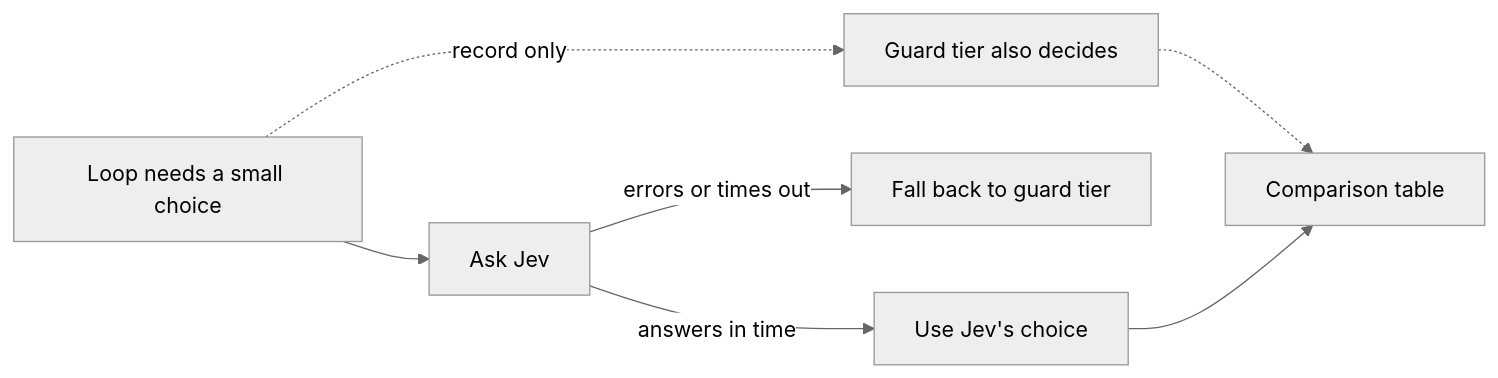
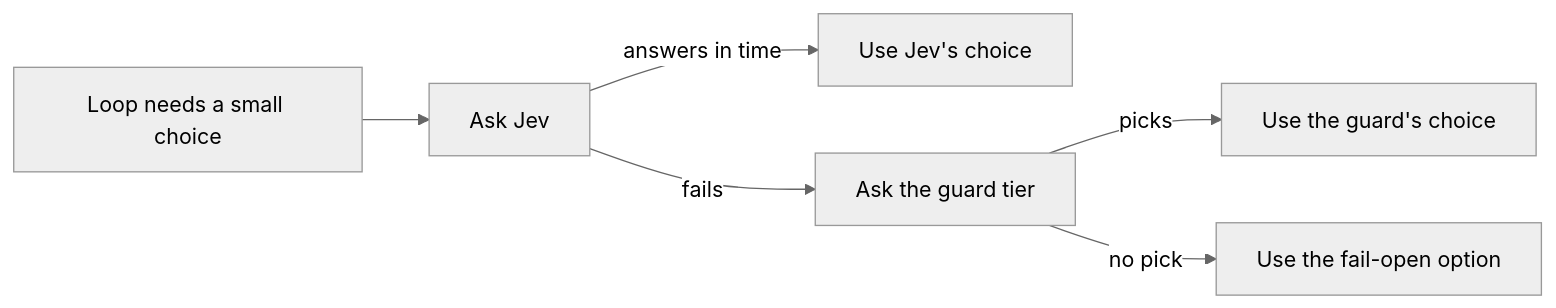
One commit to monideep2255/agentic-search-ui changed the second of 2 diagrams in docs/architecture/Model_architecture.md. Above: the diagram before and after it, drawn with Mermaid (neutral theme). The commit also changed other lines of this file and 3 other files, not shown here.

First line of the commit message:
feat(harness): Jev decides alone and the guard tier steps in only when Jev fails

````diff
--- a/docs/architecture/Model_architecture.md
+++ b/docs/architecture/Model_architecture.md
@@ -165,9 +166,8 @@
 ```mermaid
 flowchart LR
     Q[Loop needs a small choice] --> J[Ask Jev]
     J -->|answers in time| D[Use Jev's choice]
-    J -->|errors or times out| F[Fall back to guard tier]
-    Q -.record only.-> GT[Guard tier also decides]
-    GT -.-> CMP[Comparison table]
-    D --> CMP
+    J -->|fails| F[Ask the guard tier]
+    F -->|picks| G[Use the guard's choice]
+    F -->|no pick| O[Use the fail-open option]
 ```
````
